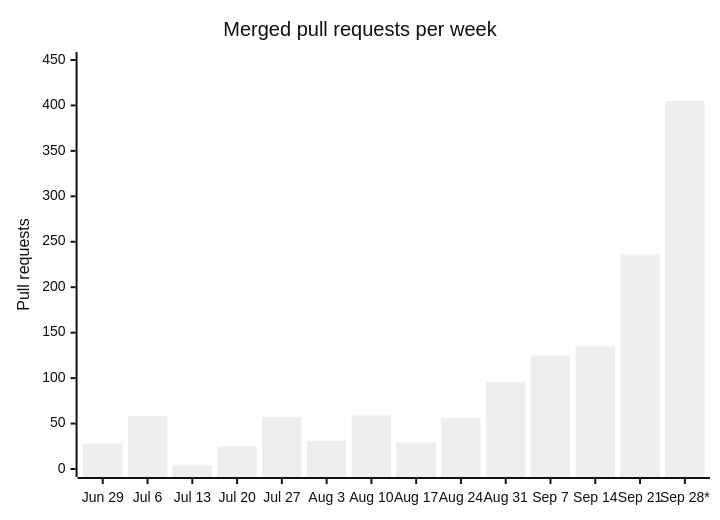
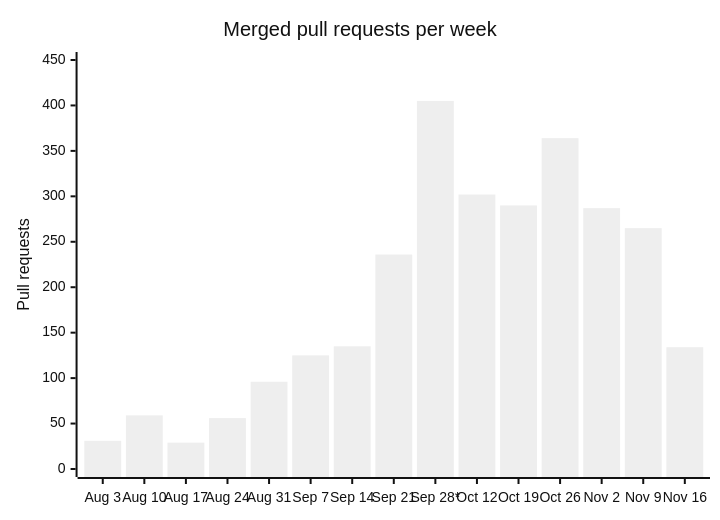
The second of 3 diagrams in README.md (cebertowicz/corsia), drawn with Mermaid (neutral theme) before and after one commit. The commit also changed other lines of this file and 1 other file, not shown here.

Commit message:
README: refresh merged-PR figure and weekly chart to the 30 days to 2026-11-22

````diff
--- a/README.md
+++ b/README.md
@@ -130,7 +130,7 @@
 ```mermaid
 xychart-beta
     title "Merged pull requests per week"
-    x-axis ["Jun 29", "Jul 6", "Jul 13", "Jul 20", "Jul 27", "Aug 3", "Aug 10", "Aug 17", "Aug 24", "Aug 31", "Sep 7", "Sep 14", "Sep 21", "Sep 28*"]
+    x-axis ["Aug 3", "Aug 10", "Aug 17", "Aug 24", "Aug 31", "Sep 7", "Sep 14", "Sep 21", "Sep 28*", "Oct 12", "Oct 19", "Oct 26", "Nov 2", "Nov 9", "Nov 16"]
     y-axis "Pull requests" 0 --> 450
-    bar [28, 58, 4, 25, 57, 31, 59, 29, 56, 96, 125, 135, 236, 405]
+    bar [31, 59, 29, 56, 96, 125, 135, 236, 405, 302, 290, 364, 287, 265, 134]
 ```
````
